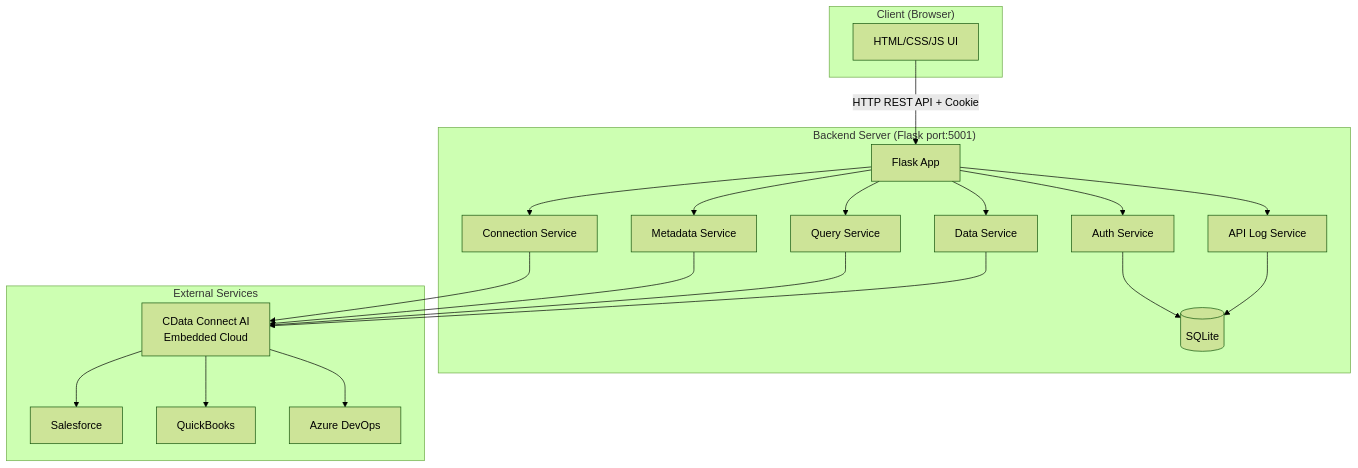
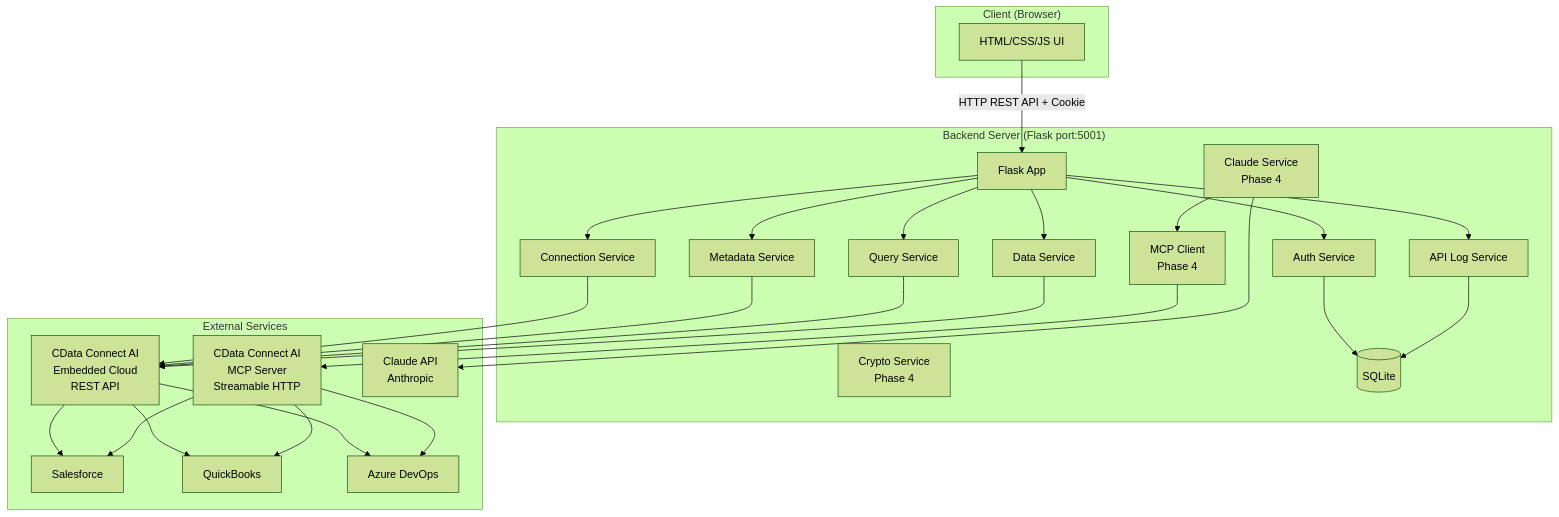
The first of 8 diagrams in docs/functional-design.md (sugimomoto/ConnectAIOEMSample), drawn with Mermaid (forest theme) before and after one commit. The commit also changed other lines of this file and 2 other files, not shown here.

First line of the commit message:
docs: Phase 4 AI アシスタント内容を永続的ドキュメント3件に反映

````diff
--- a/docs/functional-design.md
+++ b/docs/functional-design.md
@@ -88,44 +88,56 @@
 ```mermaid
 graph TB
     subgraph "Client (Browser)"
         UI[HTML/CSS/JS UI]
     end
 
     subgraph "Backend Server (Flask port:5001)"
         API[Flask App]
         Auth[Auth Service]
         ConnSvc[Connection Service]
         MetaSvc[Metadata Service]
         QuerySvc[Query Service]
         DataSvc[Data Service]
         LogSvc[API Log Service]
+        AISvc[Claude Service<br/>Phase 4]
+        MCPClient[MCP Client<br/>Phase 4]
+        CryptoSvc[Crypto Service<br/>Phase 4]
         DB[(SQLite)]
     end
 
     subgraph "External Services"
-        ConnectAI[CData Connect AI<br/>Embedded Cloud]
+        ConnectAI[CData Connect AI<br/>Embedded Cloud<br/>REST API]
+        ConnectAIMCP[CData Connect AI<br/>MCP Server<br/>Streamable HTTP]
+        ClaudeAPI[Claude API<br/>Anthropic]
         SF[Salesforce]
         QB[QuickBooks]
         ADO[Azure DevOps]
     end
 
     UI -->|HTTP REST API + Cookie| API
     API --> Auth
     API --> ConnSvc
     API --> MetaSvc
     API --> QuerySvc
     API --> DataSvc
     API --> LogSvc
 
     Auth --> DB
     LogSvc --> DB
 
     ConnSvc --> ConnectAI
     MetaSvc --> ConnectAI
     QuerySvc --> ConnectAI
     DataSvc --> ConnectAI
+    MCPClient --> ConnectAIMCP
+
+    AISvc --> ClaudeAPI
+    AISvc --> MCPClient
 
     ConnectAI --> SF
     ConnectAI --> QB
     ConnectAI --> ADO
+    ConnectAIMCP --> SF
+    ConnectAIMCP --> QB
+    ConnectAIMCP --> ADO
 ```
````
